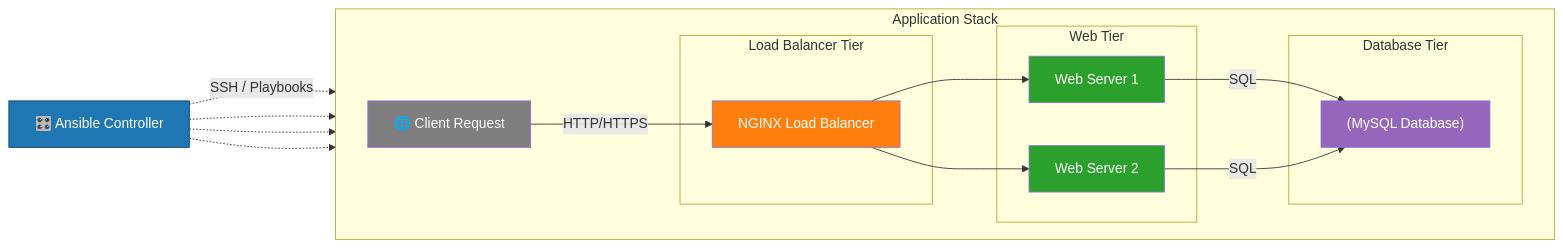
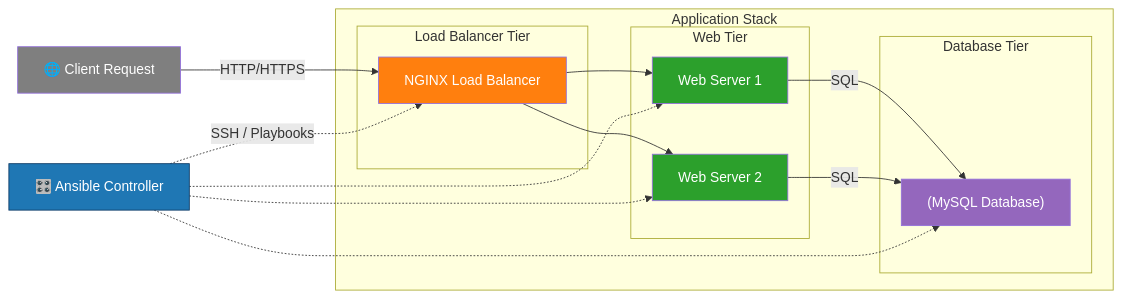
The diagram in README.md (phyomauk/ansible-lab), drawn with Mermaid before and after one commit. The commit also changed other lines of this file, not shown here.

````diff
--- a/README.md
+++ b/README.md
@@ -15,50 +15,48 @@
 ```mermaid
 flowchart LR
     %% Nodes
     ANSIBLE[🎛️ Ansible Controller]
-
+    USER[🌐 Client Request]
     subgraph APP[Application Stack]
-        direction LR
-
-        USER[🌐 Client Request]
 
         subgraph LB_TIER[Load Balancer Tier]
             LB[NGINX Load Balancer]
         end
 
         subgraph WEB_TIER[Web Tier]
             WEB1[Web Server 1]
             WEB2[Web Server 2]
         end
 
         subgraph DB_TIER[Database Tier]
             DB["(MySQL Database)"]
         end
     end
 
-    %% Traffic Flow (solid)
+    %% Traffic Flow
     USER -->|HTTP/HTTPS| LB
     LB --> WEB1
     LB --> WEB2
     WEB1 -->|SQL| DB
     WEB2 -->|SQL| DB
 
-    %% Ansible Control Plane (dashed)
+    %% Ansible Control Plane (direct connections)
     ANSIBLE -. SSH / Playbooks .-> LB
     ANSIBLE -.-> WEB1
     ANSIBLE -.-> WEB2
     ANSIBLE -.-> DB
 
     %% Styling
     classDef controller fill:#1f77b4,color:#fff,stroke:#0d3b66
     classDef lb fill:#ff7f0e,color:#fff
     classDef web fill:#2ca02c,color:#fff
     classDef db fill:#9467bd,color:#fff
     classDef user fill:#7f7f7f,color:#fff
 
     class ANSIBLE controller
     class LB lb
     class WEB1,WEB2 web
     class DB db
     class USER user
+
 ```
````
